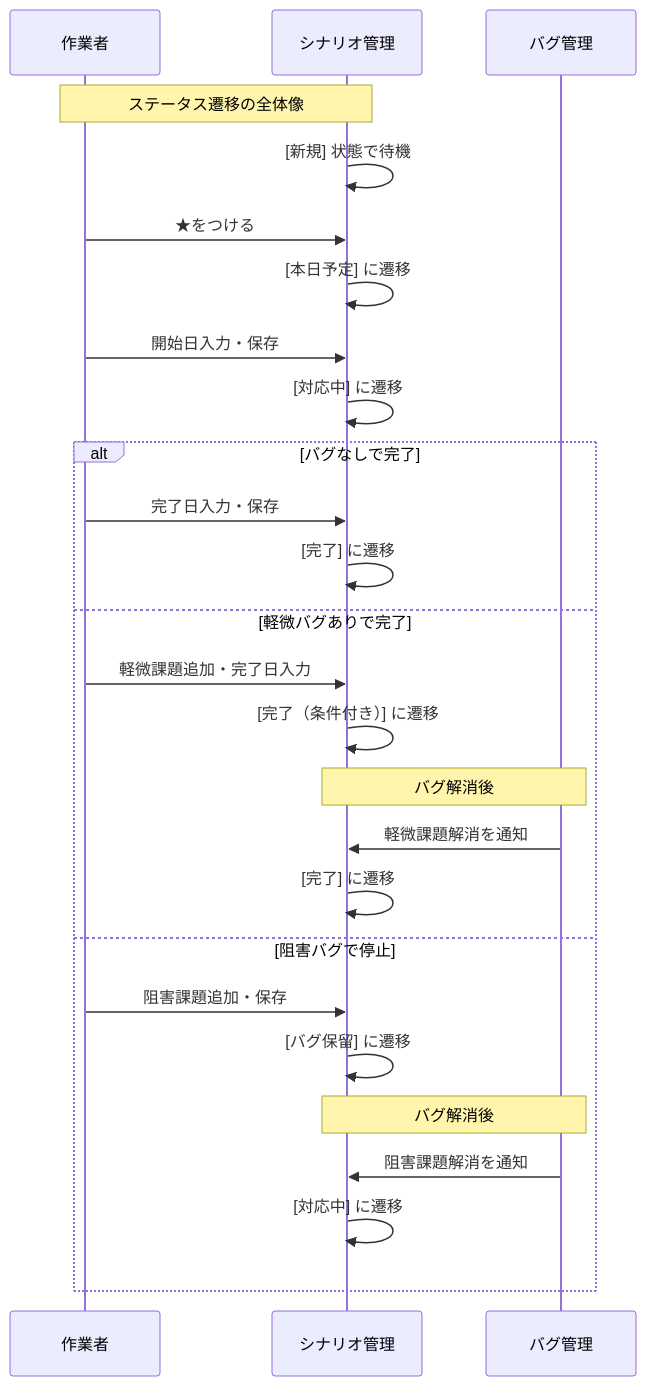
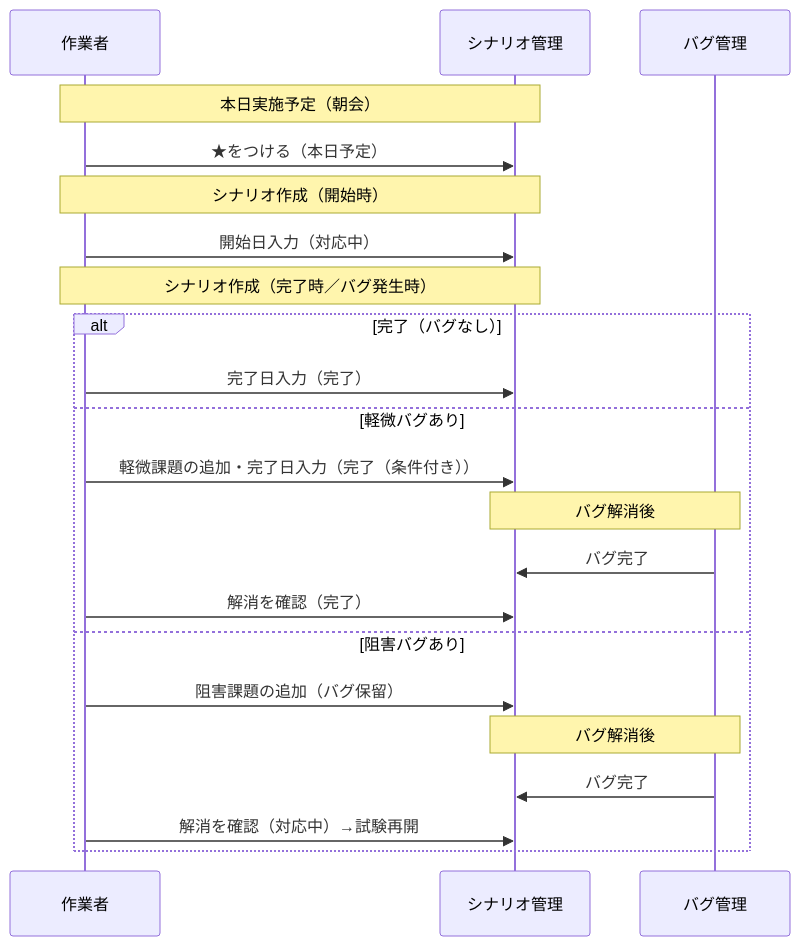
Before and after one commit to ymatsuda-cmyk/tools: the third of 3 diagrams in addin/Scenario/作業フロー.md, drawn with Mermaid. The commit also changed other lines of this file and 2 other files, not shown here.

````diff
--- a/addin/Scenario/作業フロー.md
+++ b/addin/Scenario/作業フロー.md
@@ -88,32 +60,28 @@
 ```mermaid
 sequenceDiagram
     participant U as 作業者
     participant S as シナリオ管理
     participant B as バグ管理
     
-    Note over U,S: ステータス遷移の全体像
+    Note over U,S: 本日実施予定（朝会）
     
-    S->>S: [新規] 状態で待機
-    U->>S: ★をつける
-    S->>S: [本日予定] に遷移
+    U->>S: ★をつける（本日予定）
     
-    U->>S: 開始日入力・保存
-    S->>S: [対応中] に遷移
+    Note over U,S: シナリオ作成（開始時）
+    U->>S: 開始日入力（対応中）
     
-    alt バグなしで完了
-        U->>S: 完了日入力・保存
-        S->>S: [完了] に遷移
-    else 軽微バグありで完了
-        U->>S: 軽微課題追加・完了日入力
-        S->>S: [完了（条件付き）] に遷移
+    Note over U,S: シナリオ作成（完了時／バグ発生時）
+    alt 完了（バグなし）
+        U->>S: 完了日入力（完了）
+    else 軽微バグあり
+        U->>S: 軽微課題の追加・完了日入力（完了（条件付き））
         Note over B,S: バグ解消後
-        B->>S: 軽微課題解消を通知
-        S->>S: [完了] に遷移
-    else 阻害バグで停止
-        U->>S: 阻害課題追加・保存
-        S->>S: [バグ保留] に遷移
+        B->>S: バグ完了
+U->>S: 解消を確認（完了）
+    else 阻害バグあり
+        U->>S: 阻害課題の追加（バグ保留）
         Note over B,S: バグ解消後
-        B->>S: 阻害課題解消を通知
-        S->>S: [対応中] に遷移
+        B->>S: バグ完了
+        U->>S: 解消を確認（対応中）→試験再開
     end
 ```
````
